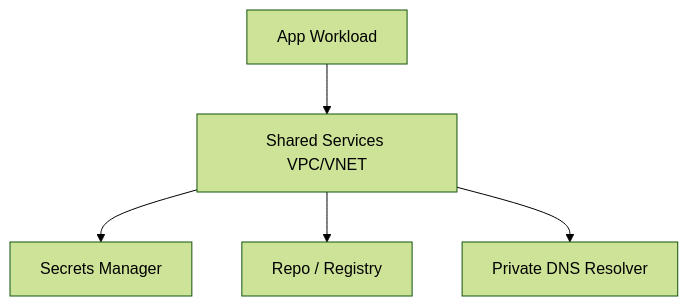
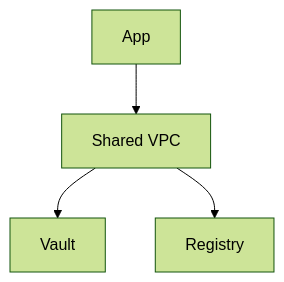
The ninth of 30 diagrams in README.md (Devopstrio/hybrid-landingzone), drawn with Mermaid (forest theme) before and after one commit. The commit also changed other lines of this file, not shown here.

Commit message:
docs: expand README with 30+ architectural diagrams

````diff
--- a/README.md
+++ b/README.md
@@ -202,8 +100,6 @@
 ```mermaid
 graph TD
-    Shared[Shared Services VPC/VNET]
-    Shared --> Vault[Secrets Manager]
-    Shared --> Artifact[Repo / Registry]
-    Shared --> DNS[Private DNS Resolver]
-    Workload[App Workload] --> Shared
+    Shared[Shared VPC] --> Vault[Vault]
+    Shared --> Artifact[Registry]
+    Workload[App] --> Shared
 ```
````
